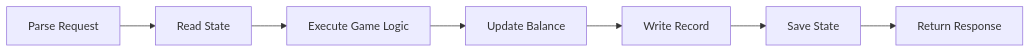
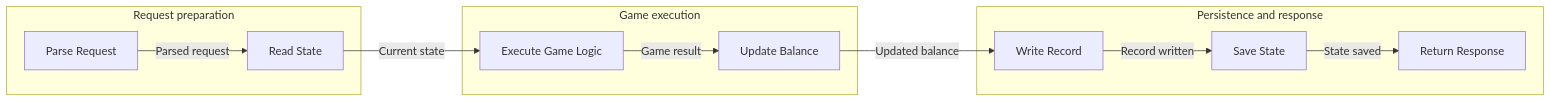
The third of 8 diagrams in skills/write-md/references/mermaid-guide.md (Aery9527/misty-marketplace), drawn with Mermaid before and after one commit. The commit also changed other lines of this file and 11 other files, not shown here.

First line of the commit message:
docs(write-md): 精簡共通規則並修正 Mermaid 範例一致性

````diff
--- a/skills/write-md/references/mermaid-guide.md
+++ b/skills/write-md/references/mermaid-guide.md
@@ -92,9 +89,15 @@
 ```mermaid
 flowchart LR
-    A["Parse Request"] --> B["Read State"]
-    B --> C["Execute Game Logic"]
-    C --> D["Update Balance"]
-    D --> E["Write Record"]
-    E --> F["Save State"]
-    F --> G["Return Response"]
+    subgraph Preparation["Request preparation"]
+        A["Parse Request"] -->|Parsed request| B["Read State"]
+    end
+    subgraph Execution["Game execution"]
+        C["Execute Game Logic"] -->|Game result| D["Update Balance"]
+    end
+    subgraph Completion["Persistence and response"]
+        E["Write Record"] -->|Record written| F["Save State"]
+        F -->|State saved| G["Return Response"]
+    end
+    B -->|Current state| C
+    D -->|Updated balance| E
 ```
````
